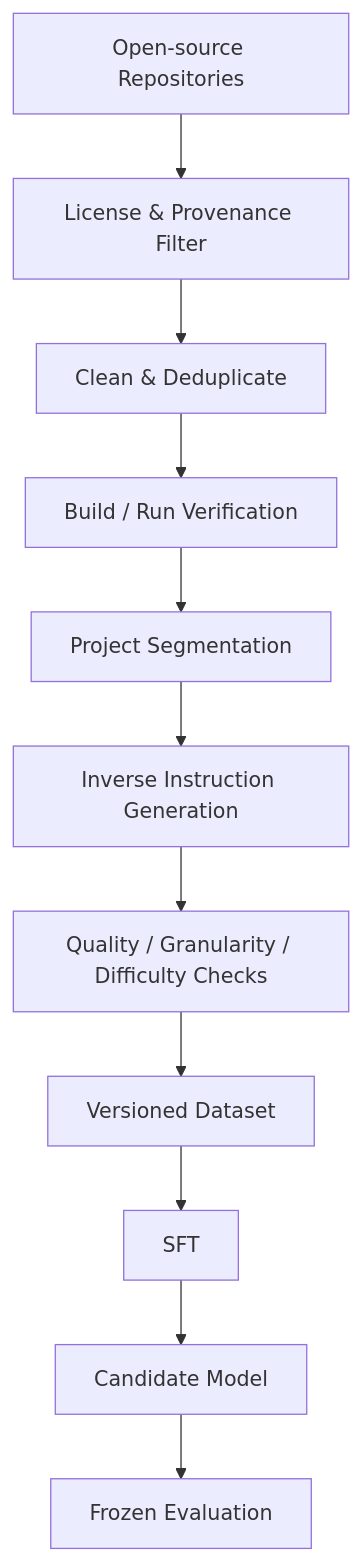
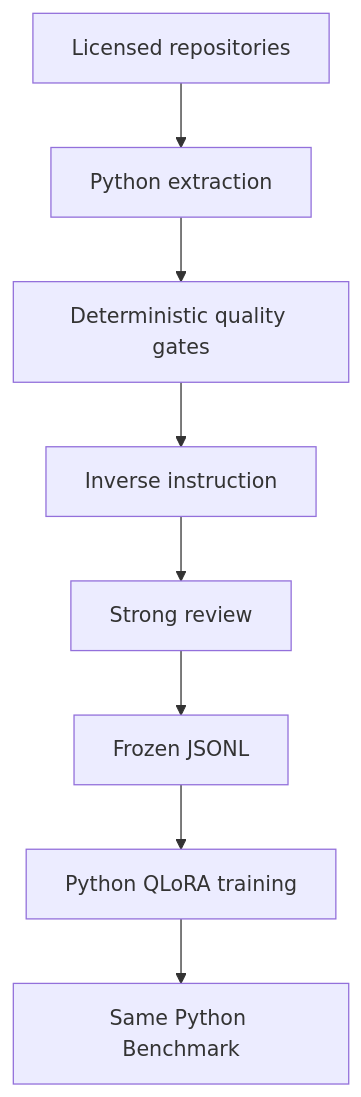
The second of 2 diagrams in ARCHITECTURE.md (lucienne-li/strategy-game-prototyping-agent), drawn with Mermaid before and after one commit. The commit also changed other lines of this file and 112 other files, not shown here.

Commit message:
refactor: publish Python runtime and align project documentation

````diff
--- a/ARCHITECTURE.md
+++ b/ARCHITECTURE.md
@@ -189,13 +48,10 @@
 ```mermaid
-flowchart TB
-    R["Open-source Repositories"] --> L["License & Provenance Filter"]
-    L --> C["Clean & Deduplicate"]
-    C --> B["Build / Run Verification"]
-    B --> S["Project Segmentation"]
-    S --> I["Inverse Instruction Generation"]
-    I --> Q["Quality / Granularity / Difficulty Checks"]
-    Q --> D["Versioned Dataset"]
-    D --> T["SFT"]
-    T --> M["Candidate Model"]
-    M --> G["Frozen Evaluation"]
+flowchart TD
+    R["Licensed repositories"] --> X["Python extraction"]
+    X --> Q["Deterministic quality gates"]
+    Q --> I["Inverse instruction"]
+    I --> V["Strong review"]
+    V --> D["Frozen JSONL"]
+    D --> T["Python QLoRA training"]
+    T --> B["Same Python Benchmark"]
 ```
````
